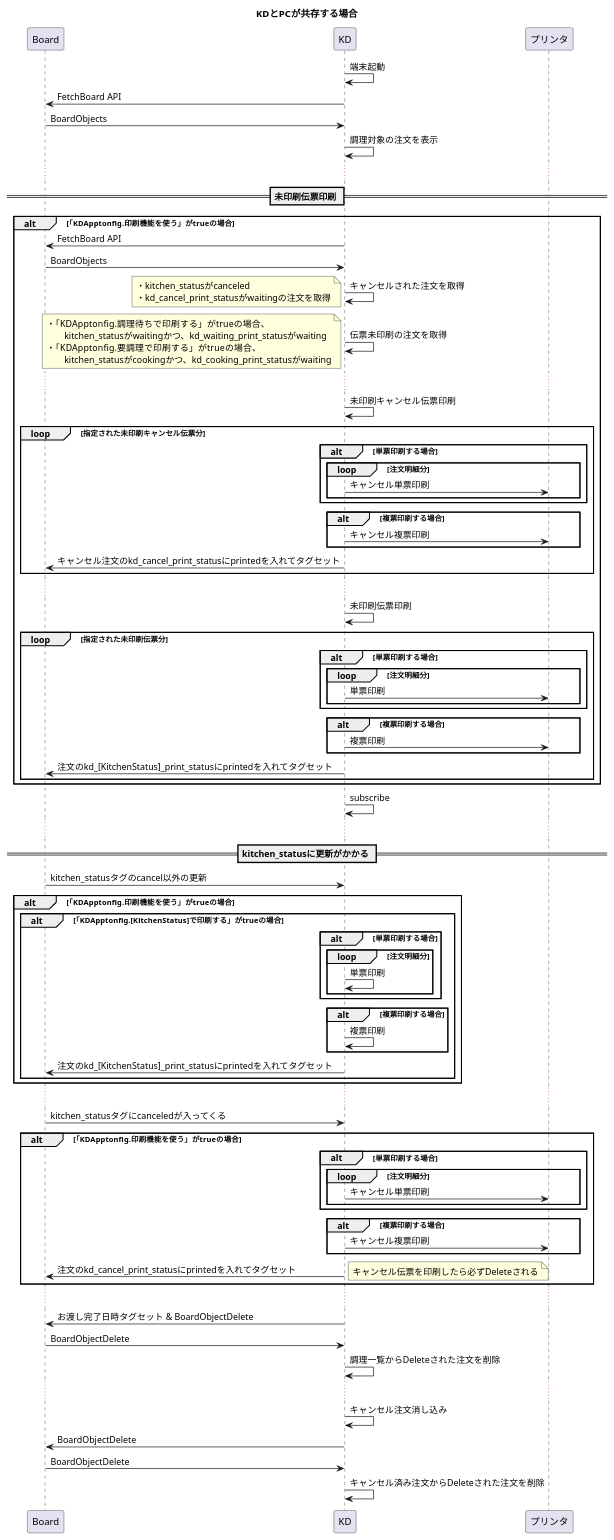
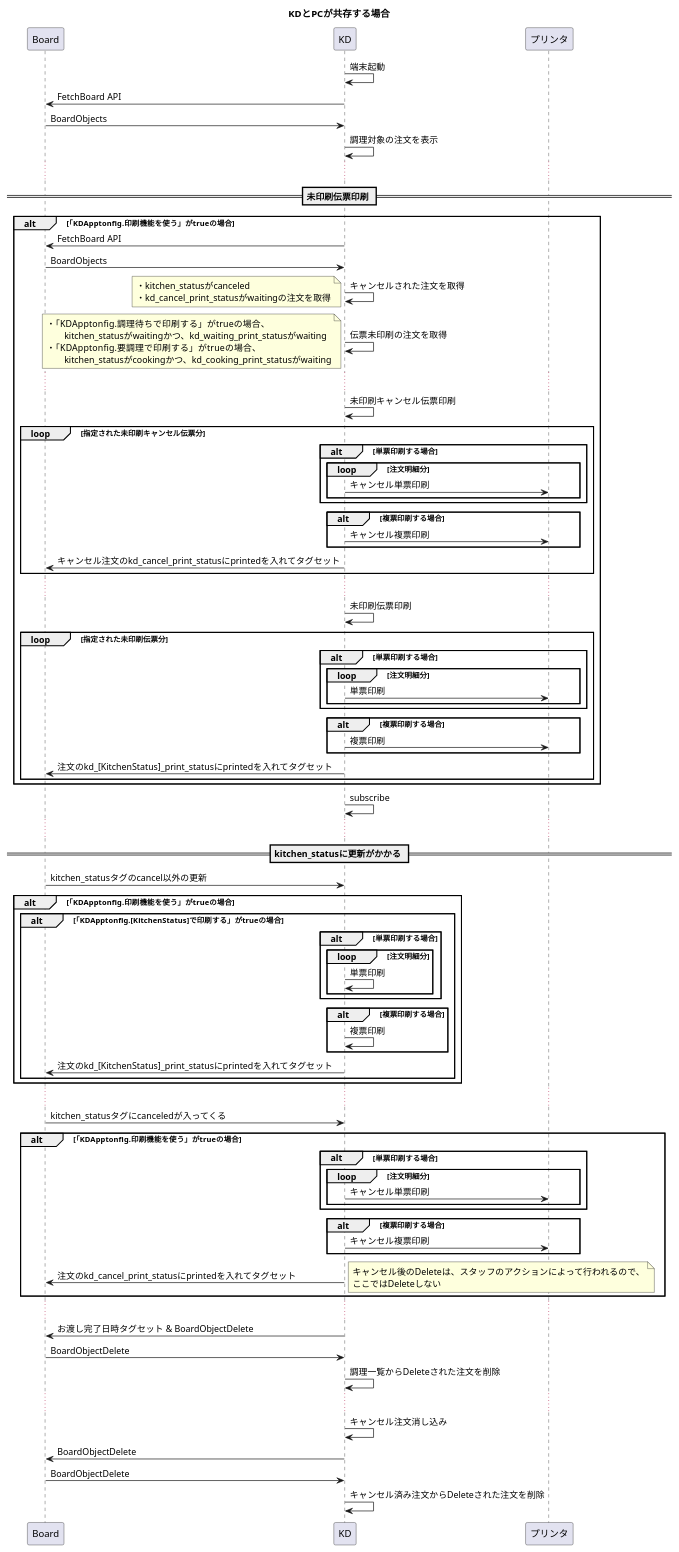
Before and after one commit to kmurata08/plantuml-editor: the diagram in instore/pc_with_kd.pu, drawn with PlantUML. The commit also changed 1 other file, not shown here.

Commit message:
Edit pc sequence

```diff
--- a/instore/pc_with_kd.pu
+++ b/instore/pc_with_kd.pu
@@ -1,112 +1,113 @@
 title KDとPCが共存する場合
 
 participant Board as b
 participant KD as k
 participant プリンタ as pt
 
 k -> k: 端末起動
 k -> b: FetchBoard API
 b -> k: BoardObjects
 k -> k: 調理対象の注文を表示
 
 ...
 
 == 未印刷伝票印刷 ==
 alt 「KDApptonfig.印刷機能を使う」がtrueの場合
     k -> b: FetchBoard API
     b -> k: BoardObjects
     k -> k: キャンセルされた注文を取得
     note left
         ・kitchen_statusがcanceled
         ・kd_cancel_print_statusがwaitingの注文を取得
     end note
 
     k -> k: 伝票未印刷の注文を取得
     note left
         ・「KDApptonfig.調理待ちで印刷する」がtrueの場合、
         　　kitchen_statusがwaitingかつ、kd_waiting_print_statusがwaiting
         ・「KDApptonfig.要調理で印刷する」がtrueの場合、
         　　kitchen_statusがcookingかつ、kd_cooking_print_statusがwaiting
     end note
 
     ...
 
     k -> k: 未印刷キャンセル伝票印刷
     loop 指定された未印刷キャンセル伝票分
         alt 単票印刷する場合
             loop 注文明細分
                 k -> pt: キャンセル単票印刷
             end
         end
         alt 複票印刷する場合
             k -> pt: キャンセル複票印刷
         end
         k -> b: キャンセル注文のkd_cancel_print_statusにprintedを入れてタグセット
     end
 
     ...
 
     k -> k: 未印刷伝票印刷
     loop 指定された未印刷伝票分
         alt 単票印刷する場合
             loop 注文明細分
                 k -> pt: 単票印刷
             end
         end
         alt 複票印刷する場合
             k -> pt: 複票印刷
         end
         k -> b: 注文のkd_[KitchenStatus]_print_statusにprintedを入れてタグセット
     end
 end
 
 k -> k: subscribe
 
 ...
 
 == kitchen_statusに更新がかかる ==
 b -> k: kitchen_statusタグのcancel以外の更新
 alt 「KDApptonfig.印刷機能を使う」がtrueの場合
     alt 「KDApptonfig.[KitchenStatus]で印刷する」がtrueの場合
         alt 単票印刷する場合
             loop 注文明細分
                 k -> k: 単票印刷
             end
         end
         alt 複票印刷する場合
             k -> k: 複票印刷
         end
         k -> b: 注文のkd_[KitchenStatus]_print_statusにprintedを入れてタグセット
     end
 end
 
 ...
 
 b -> k: kitchen_statusタグにcanceledが入ってくる
 alt 「KDApptonfig.印刷機能を使う」がtrueの場合
         alt 単票印刷する場合
             loop 注文明細分
                 k -> pt: キャンセル単票印刷
             end
         end
         alt 複票印刷する場合
             k -> pt: キャンセル複票印刷
         end
     k -> b: 注文のkd_cancel_print_statusにprintedを入れてタグセット
     note right
-        キャンセル伝票を印刷したら必ずDeleteされる
+        キャンセル後のDeleteは、スタッフのアクションによって行われるので、
+        ここではDeleteしない
     end note
 end
 
 ...
 
 k -> b: お渡し完了日時タグセット & BoardObjectDelete
 b -> k: BoardObjectDelete
 k -> k: 調理一覧からDeleteされた注文を削除
 
 ...
 
 k -> k: キャンセル注文消し込み
 k -> b: BoardObjectDelete
 b -> k: BoardObjectDelete
 k -> k: キャンセル済み注文からDeleteされた注文を削除
```
